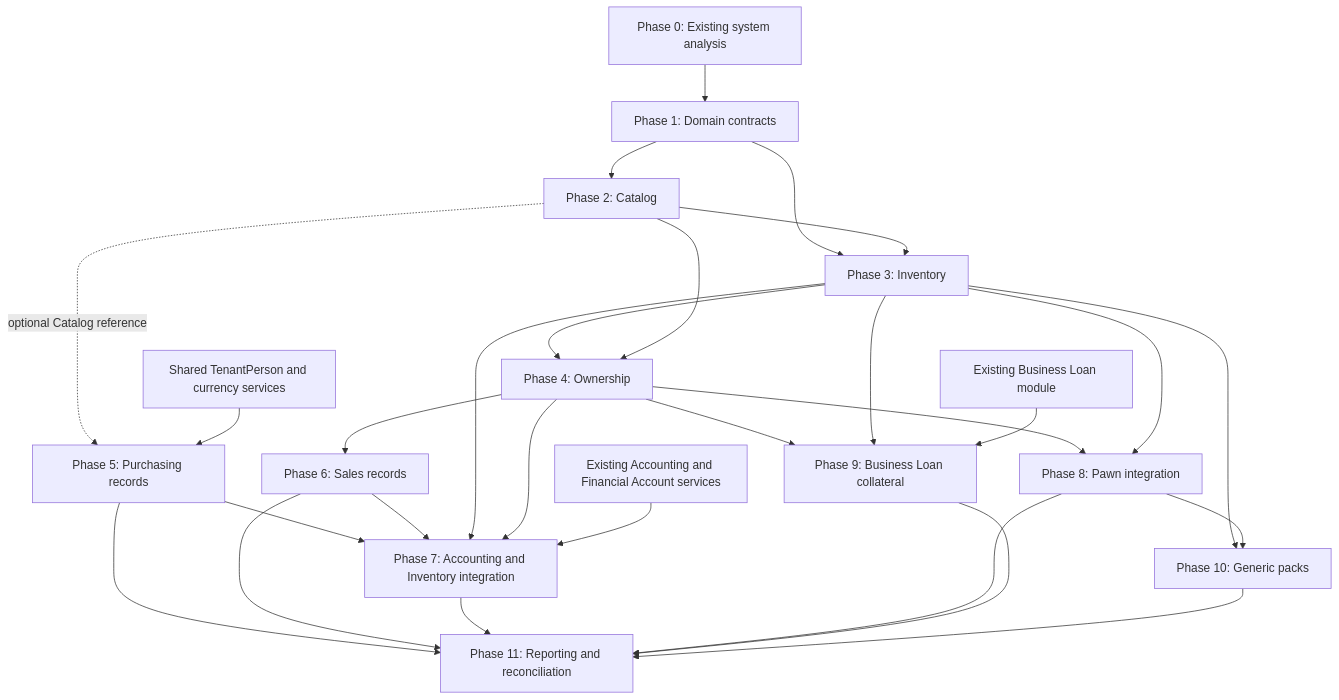
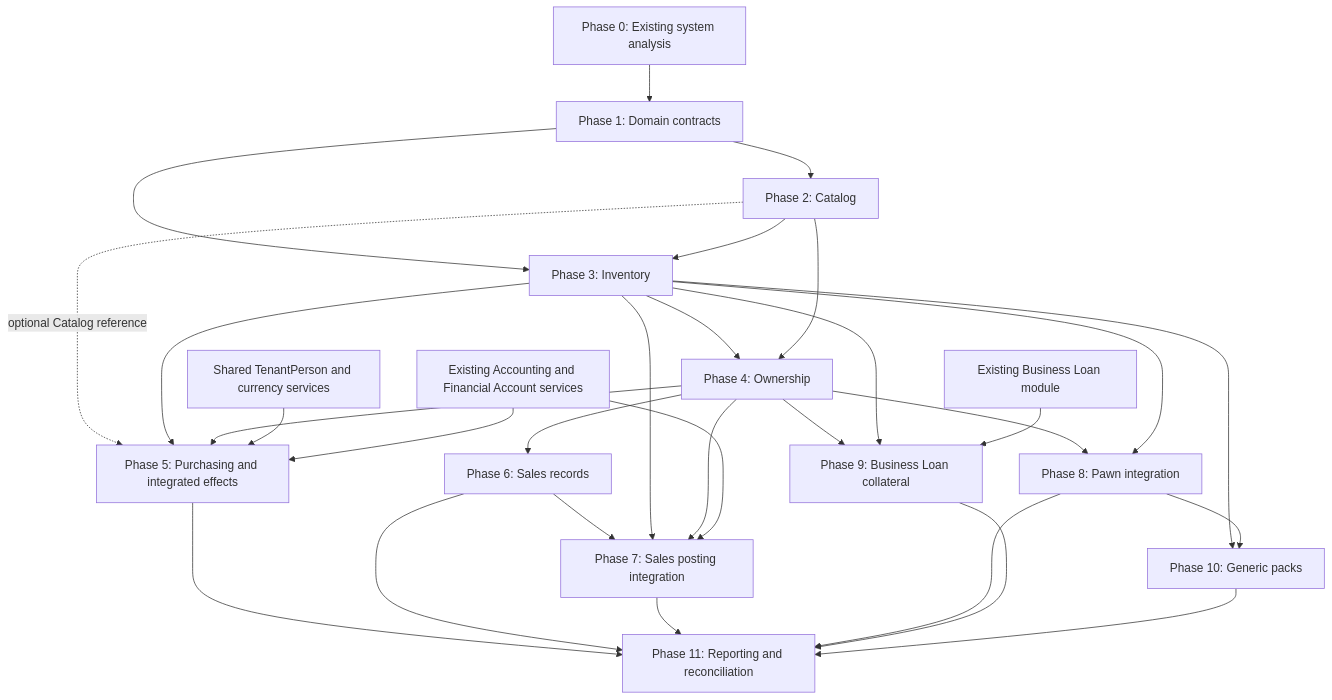
Before and after one commit to Roxulia/loanpawn-server: the diagram in docs/ASSET_INVENTORY_DEVELOPMENT_PLAN.md, drawn with Mermaid. The commit also changed other lines of this file and 25 other files, not shown here.

Commit message:
feat : Add accounting,inventory logs, audits to purchasing and added Supplier payables

````diff
--- a/docs/ASSET_INVENTORY_DEVELOPMENT_PLAN.md
+++ b/docs/ASSET_INVENTORY_DEVELOPMENT_PLAN.md
@@ -474,30 +462,32 @@
 ```mermaid
 flowchart TD
     A[Phase 0: Existing system analysis] --> B[Phase 1: Domain contracts]
     B --> C[Phase 2: Catalog]
     B --> D[Phase 3: Inventory]
     C --> D
     D --> E[Phase 4: Ownership]
     C --> E
-    C -. optional Catalog reference .-> F[Phase 5: Purchasing records]
+    C -. optional Catalog reference .-> F[Phase 5: Purchasing and integrated effects]
+    D --> F
+    E --> F
     P[Shared TenantPerson and currency services] --> F
+    J[Existing Accounting and Financial Account services] --> F
     E --> G[Phase 6: Sales records]
-    F --> H[Phase 7: Accounting and Inventory integration]
-    G --> H
+    G --> H[Phase 7: Sales posting integration]
     D --> H
     E --> H
     J[Existing Accounting and Financial Account services] --> H
     E --> I[Phase 8: Pawn integration]
     D --> I
     E --> L[Phase 9: Business Loan collateral]
     D --> L
     K[Existing Business Loan module] --> L
     D --> M[Phase 10: Generic packs]
     I --> M
     F --> N[Phase 11: Reporting and reconciliation]
     G --> N
     H --> N
     I --> N
     L --> N
     M --> N
 ```
````
